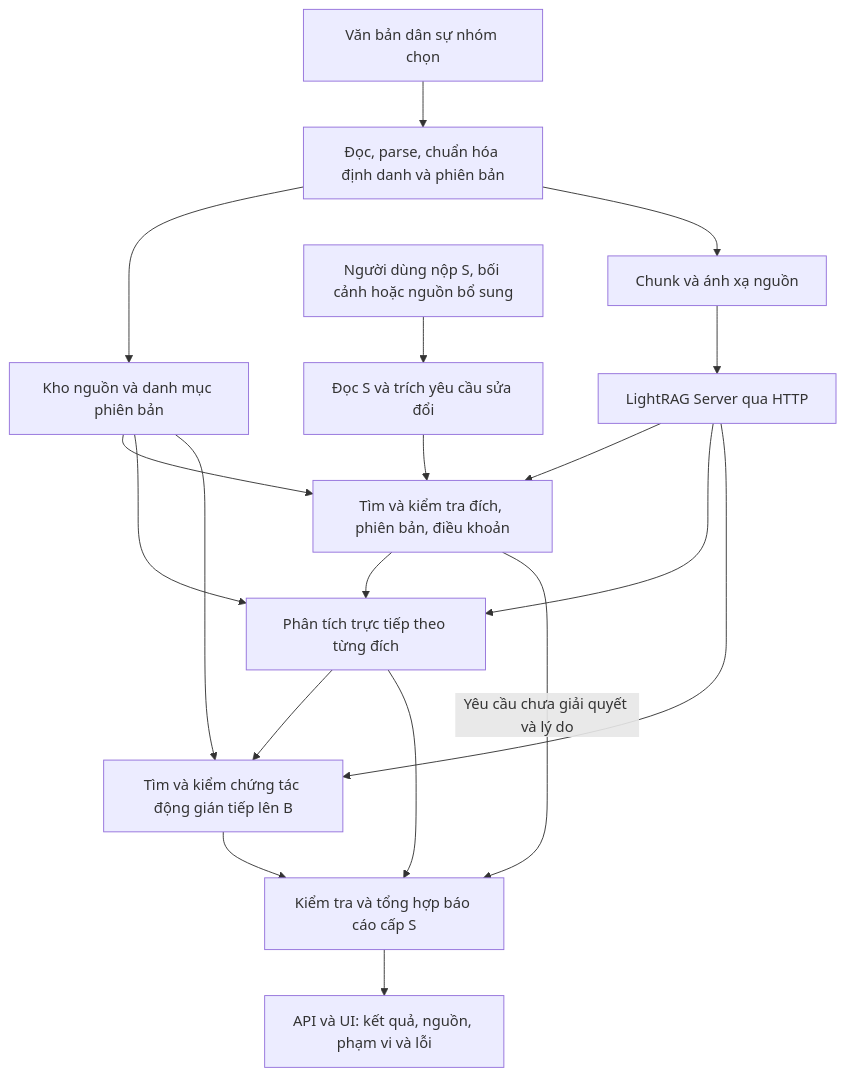
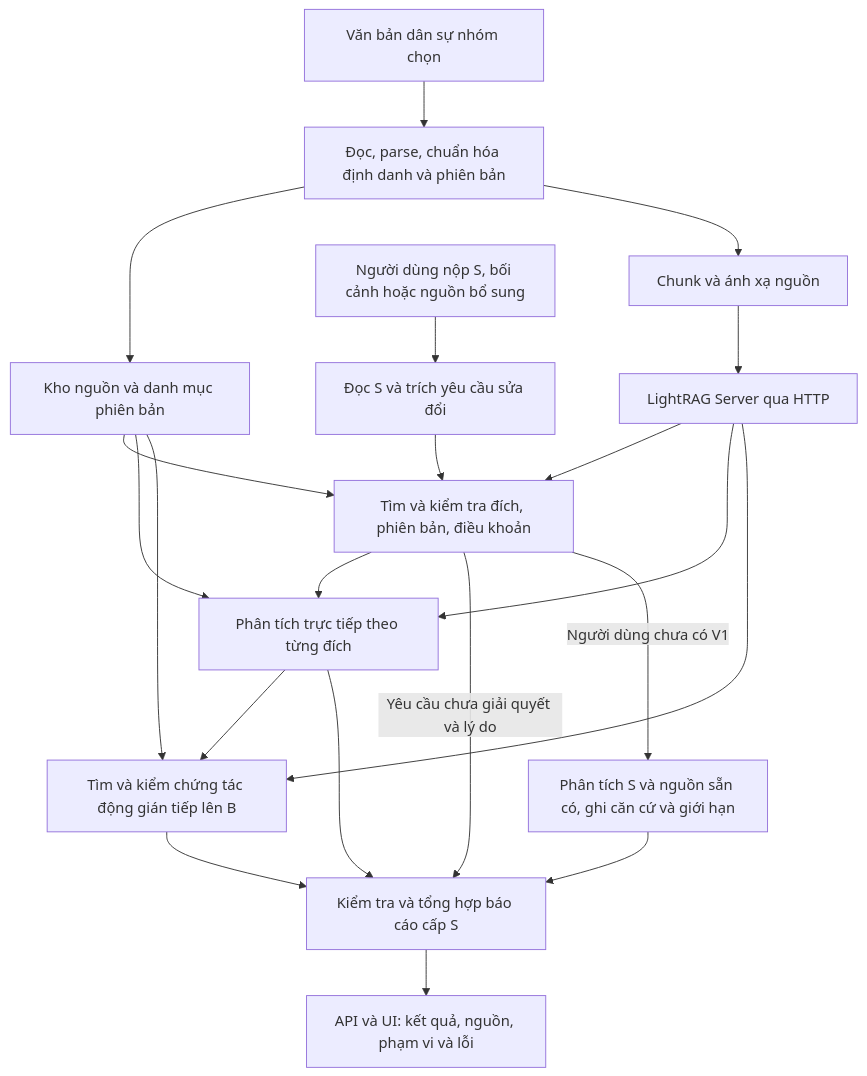
The first of 2 diagrams in docs/architecture.md (Lyra1603/group4_legal_document_change_detection), drawn with Mermaid before and after one commit. The commit also changed other lines of this file and 6 other files, not shown here.

````diff
--- a/docs/architecture.md
+++ b/docs/architecture.md
@@ -40,21 +40,23 @@
 ```mermaid
 flowchart TD
     CORPUS["Văn bản dân sự nhóm chọn"] --> PREP["Đọc, parse, chuẩn hóa định danh và phiên bản"]
     PREP --> STORE["Kho nguồn và danh mục phiên bản"]
     PREP --> INDEX["Chunk và ánh xạ nguồn"]
     INDEX --> RAG["LightRAG Server qua HTTP"]
     UI["Người dùng nộp S, bối cảnh hoặc nguồn bổ sung"] --> EXTRACT["Đọc S và trích yêu cầu sửa đổi"]
     EXTRACT --> RESOLVE["Tìm và kiểm tra đích, phiên bản, điều khoản"]
     STORE --> RESOLVE
     RAG --> RESOLVE
     RESOLVE --> DIRECT["Phân tích trực tiếp theo từng đích"]
     STORE --> DIRECT
     RAG --> DIRECT
     DIRECT --> IMPACT["Tìm và kiểm chứng tác động gián tiếp lên B"]
     STORE --> IMPACT
     RAG --> IMPACT
     DIRECT --> REPORT["Kiểm tra và tổng hợp báo cáo cấp S"]
     IMPACT --> REPORT
     RESOLVE -->|"Yêu cầu chưa giải quyết và lý do"| REPORT
+    RESOLVE -->|"Người dùng chưa có V1"| LIMITED["Phân tích S và nguồn sẵn có, ghi căn cứ và giới hạn"]
+    LIMITED --> REPORT
     REPORT --> VIEW["API và UI: kết quả, nguồn, phạm vi và lỗi"]
 ```
````
